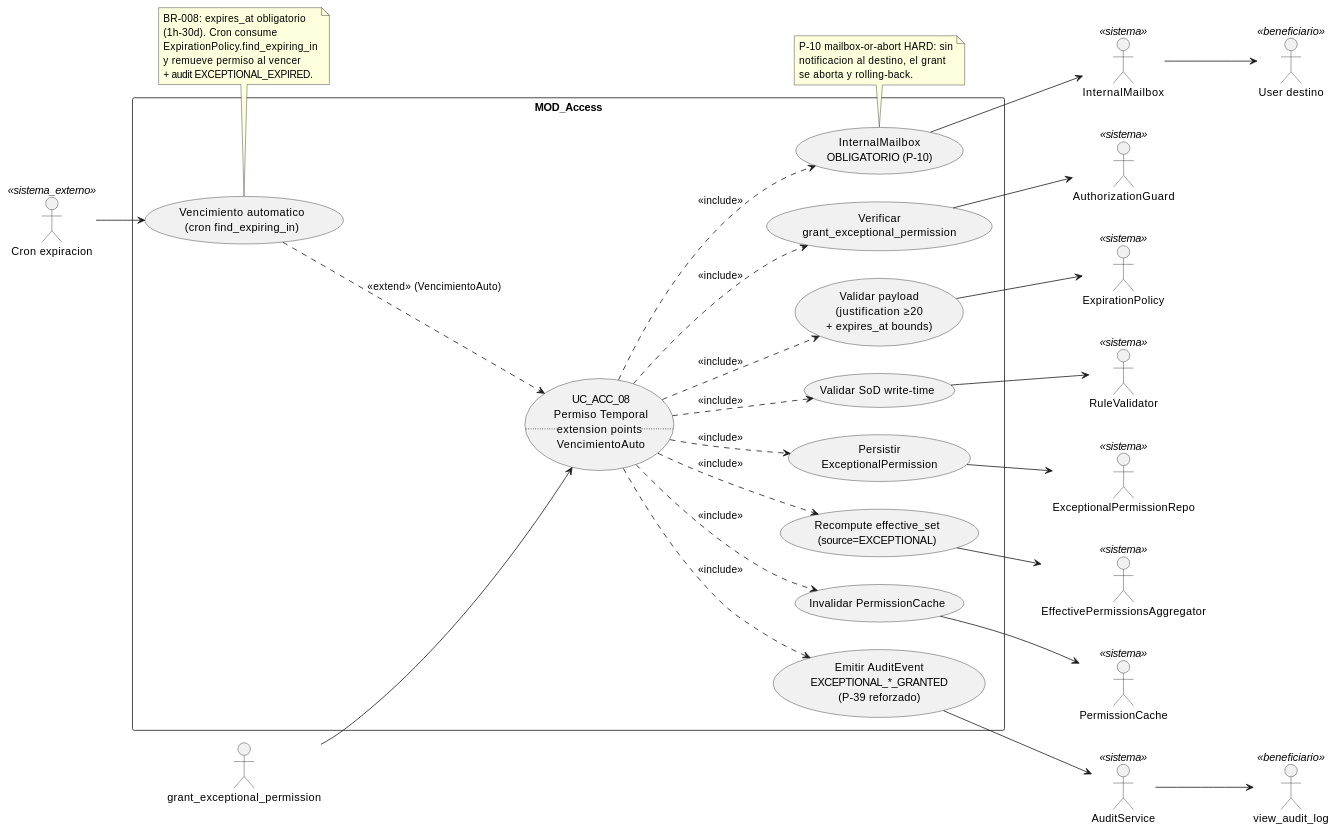
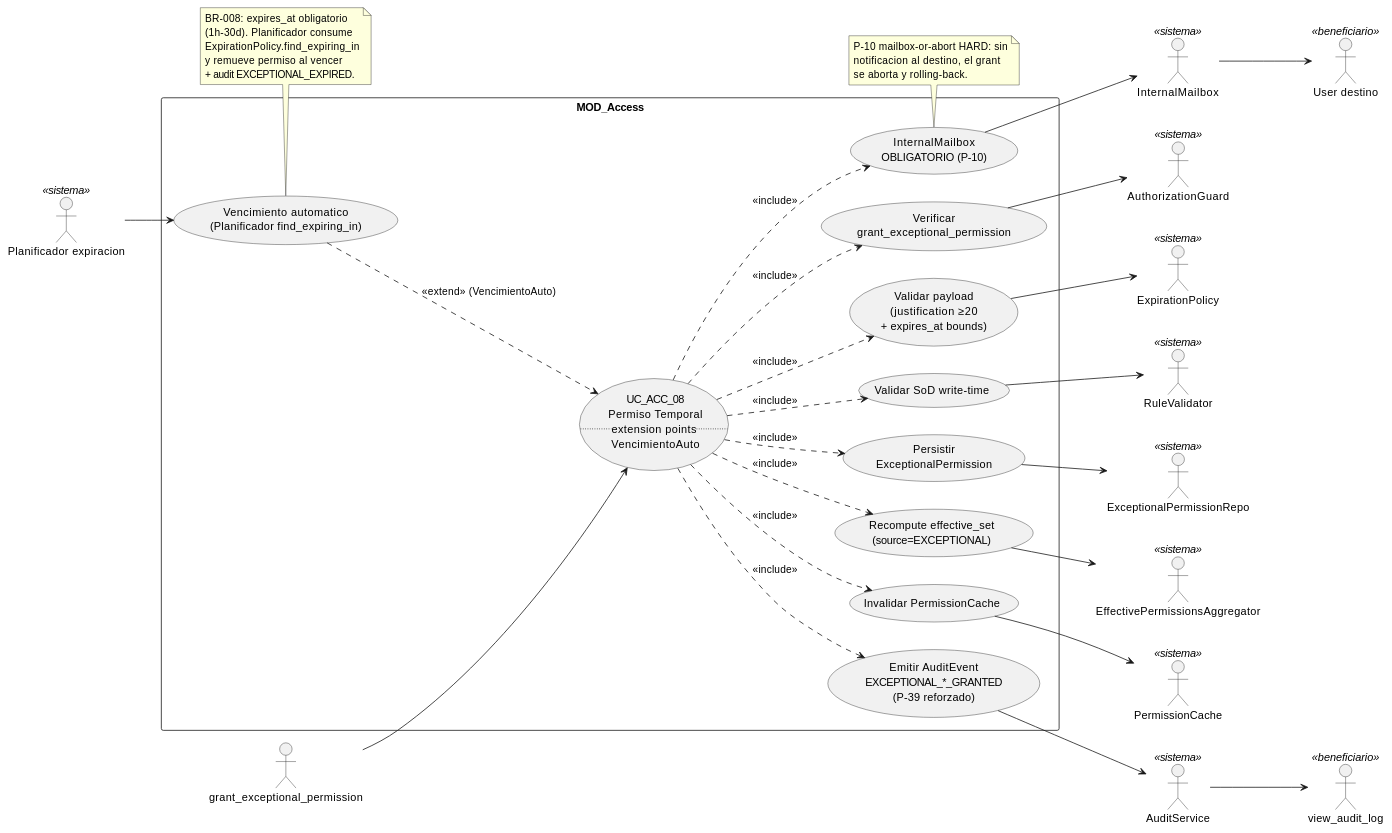
Before and after one commit to jcg-admin/IACT-docs: the diagram in source/arquitectura-tecnica/use-case-view/access/uc-acc-08-permiso-temporal.rst, drawn with PlantUML. The commit also changed other lines of this file, not shown here.

Commit message:
Apply STD-010 Cat-B in access/uc-acc-08
T-024: 5 refs Cron -> Planificador de Tareas (descripcion +
actor + usecase + relacion + nota).

Refs: T-024, STD-010 Cat-B

```diff
--- a/source/arquitectura-tecnica/use-case-view/access/uc-acc-08-permiso-temporal.rst
+++ b/source/arquitectura-tecnica/use-case-view/access/uc-acc-08-permiso-temporal.rst
@@ -25,72 +25,72 @@
 .. uml::
  :caption: UC_ACC_08 — actores y casos asociados.
 
  @startuml
 
  left to right direction
 
  actor "grant_exceptional_permission" as grant_exceptional_permission
  actor "User destino" as User_destino <<beneficiario>>
  actor "view_audit_log" as view_audit_log <<beneficiario>>
- actor "Cron expiracion" as Cron_expiracion <<sistema_externo>>
+ actor "Planificador expiracion" as Planificador_expiracion <<sistema>>
  actor "AuthorizationGuard" as AuthorizationGuard <<sistema>>
  actor "ExceptionalPermissionRepo" as ExceptionalPermissionRepo <<sistema>>
  actor "ExpirationPolicy" as ExpirationPolicy <<sistema>>
  actor "RuleValidator" as RuleValidator <<sistema>>
  actor "EffectivePermissionsAggregator" as EffectivePermissionsAggregator <<sistema>>
  actor "PermissionCache" as PermissionCache <<sistema>>
  actor "InternalMailbox" as InternalMailbox <<sistema>>
  actor "AuditService" as AuditService <<sistema>>
 
  rectangle "MOD_Access" {
    usecase "UC_ACC_08\nPermiso Temporal\n.. extension points ..\nVencimientoAuto" as UC_ACC_08
    usecase "Verificar\ngrant_exceptional_permission" as VERIFICAR_AGR
    usecase "Validar payload\n(justification ≥20\n+ expires_at bounds)" as VALIDAR_PAYLOAD
    usecase "Validar SoD write-time" as VALIDAR_SOD
    usecase "Persistir\nExceptionalPermission" as PERSISTIR
    usecase "Recompute effective_set\n(source=EXCEPTIONAL)" as RECALC
    usecase "InternalMailbox\nOBLIGATORIO (P-10)" as MAILBOX
    usecase "Invalidar PermissionCache" as INVALIDAR
    usecase "Emitir AuditEvent\nEXCEPTIONAL_*_GRANTED\n(P-39 reforzado)" as AUDITAR
-   usecase "Vencimiento automatico\n(cron find_expiring_in)" as EXPIRY
+   usecase "Vencimiento automatico\n(Planificador find_expiring_in)" as EXPIRY
  }
 
  grant_exceptional_permission --> UC_ACC_08
 
  UC_ACC_08 ..> VERIFICAR_AGR : <<include>>
  UC_ACC_08 ..> VALIDAR_PAYLOAD : <<include>>
  UC_ACC_08 ..> VALIDAR_SOD : <<include>>
  UC_ACC_08 ..> PERSISTIR : <<include>>
  UC_ACC_08 ..> RECALC : <<include>>
  UC_ACC_08 ..> MAILBOX : <<include>>
  UC_ACC_08 ..> INVALIDAR : <<include>>
  UC_ACC_08 ..> AUDITAR : <<include>>
  EXPIRY ..> UC_ACC_08 : <<extend>> (VencimientoAuto)
 
  VERIFICAR_AGR --> AuthorizationGuard
  VALIDAR_PAYLOAD --> ExpirationPolicy
  VALIDAR_SOD --> RuleValidator
  PERSISTIR --> ExceptionalPermissionRepo
  RECALC --> EffectivePermissionsAggregator
  INVALIDAR --> PermissionCache
  MAILBOX --> InternalMailbox
  InternalMailbox --> User_destino
  AUDITAR --> AuditService
  AuditService --> view_audit_log
- Cron_expiracion --> EXPIRY
+ Planificador_expiracion --> EXPIRY
 
  note bottom of MAILBOX
    P-10 mailbox-or-abort HARD: sin
    notificacion al destino, el grant
    se aborta y rolling-back.
  end note
 
  note bottom of EXPIRY
    BR-008: expires_at obligatorio
-   (1h-30d). Cron consume
+   (1h-30d). Planificador consume
    ExpirationPolicy.find_expiring_in
    y remueve permiso al vencer
    + audit EXCEPTIONAL_EXPIRED.
  end note
 
  @enduml
```
